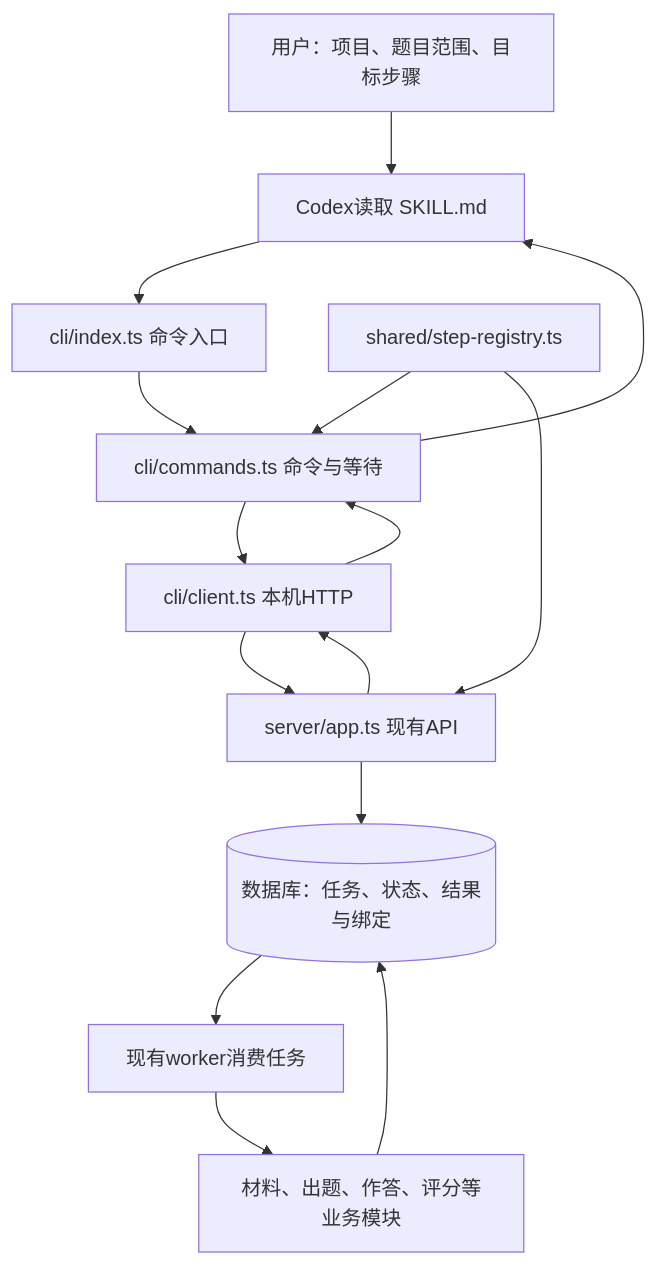
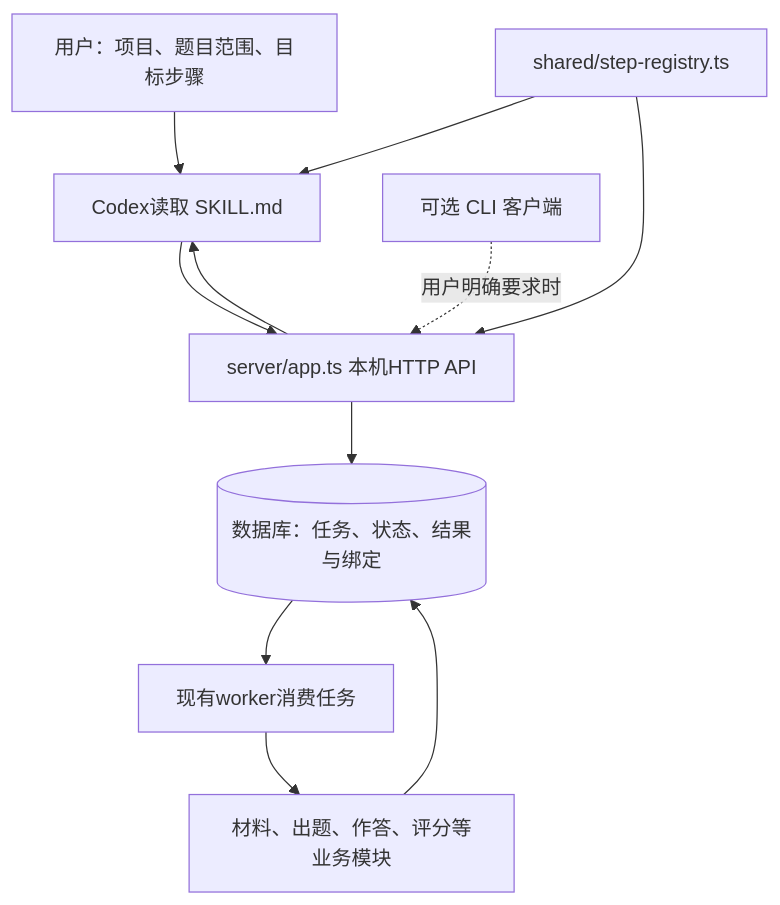
One commit to oushihao08/ai-distill changed the diagram in skill/ARCHITECTURE.md. Above: the diagram before and after it, drawn with Mermaid. The commit also changed other lines of this file and 424 other files, not shown here.

````diff
--- a/skill/ARCHITECTURE.md
+++ b/skill/ARCHITECTURE.md
@@ -11,17 +11,13 @@
 ```mermaid
 flowchart TD
   U[用户：项目、题目范围、目标步骤] --> C[Codex读取 SKILL.md]
-  C --> L[cli/index.ts 命令入口]
-  L --> M[cli/commands.ts 命令与等待]
-  M --> H[cli/client.ts 本机HTTP]
-  H --> A[server/app.ts 现有API]
+  C --> A[server/app.ts 本机HTTP API]
   A --> D[(数据库：任务、状态、结果与绑定)]
   D --> W[现有worker消费任务]
   W --> B[材料、出题、作答、评分等业务模块]
   B --> D
-  A --> H
-  H --> M
-  M --> C
-  R[shared/step-registry.ts] --> M
+  A --> C
+  R[shared/step-registry.ts] --> C
+  L[可选 CLI 客户端] -. 用户明确要求时 .-> A
   R --> A
 ```
````
